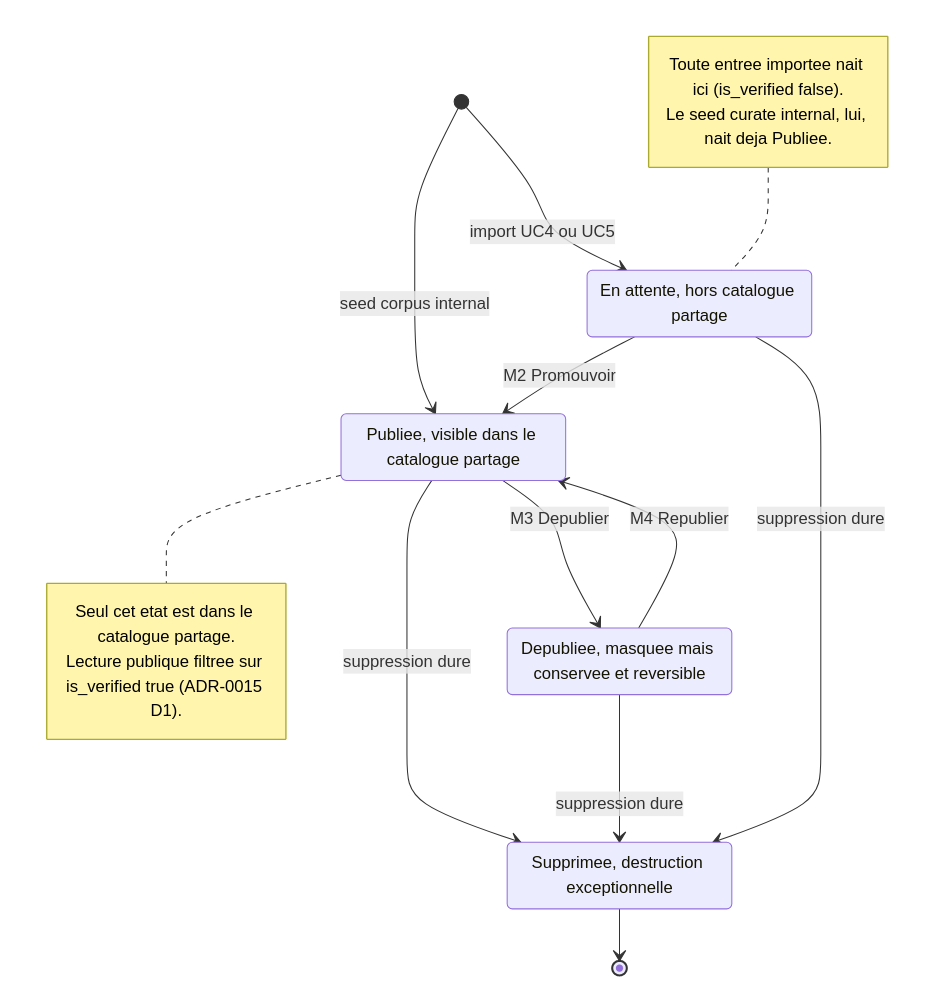
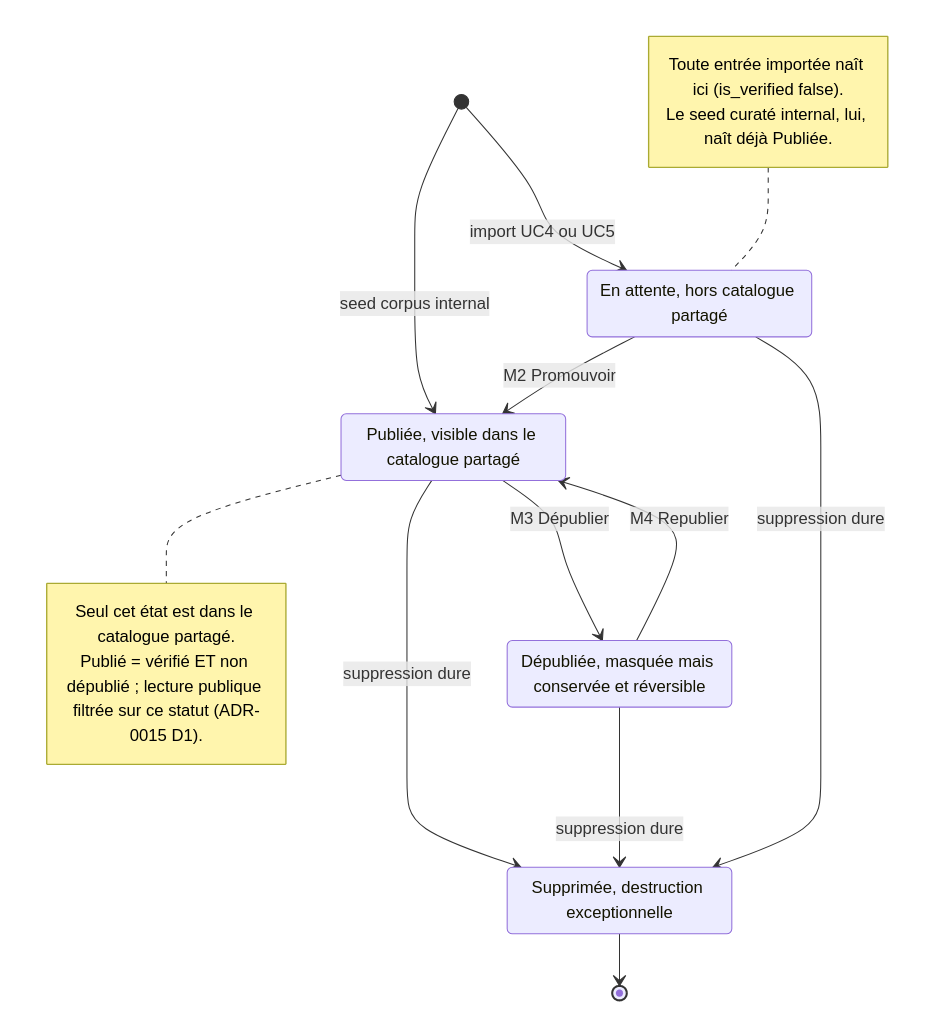
One commit to benoit-bremaud/brasse-bouillon changed the first of 2 diagrams in docs/architecture/diagrams/catalog-moderation/04-state-entry-lifecycle.md. Above: the diagram before and after it, drawn with Mermaid. The commit also changed other lines of this file and 4 other files, not shown here.

````diff
--- a/docs/architecture/diagrams/catalog-moderation/04-state-entry-lifecycle.md
+++ b/docs/architecture/diagrams/catalog-moderation/04-state-entry-lifecycle.md
@@ -23,31 +23,31 @@
 ```mermaid
 stateDiagram-v2
   [*] --> Staged: import UC4 ou UC5
   [*] --> Published: seed corpus internal
 
   Staged --> Published: M2 Promouvoir
 
-  Published --> Depublished: M3 Depublier
+  Published --> Depublished: M3 Dépublier
   Depublished --> Published: M4 Republier
 
   Published --> Deleted: suppression dure
   Depublished --> Deleted: suppression dure
   Staged --> Deleted: suppression dure
 
   Deleted --> [*]
 
-  Staged: En attente, hors catalogue partage
-  Published: Publiee, visible dans le catalogue partage
-  Depublished: Depubliee, masquee mais conservee et reversible
-  Deleted: Supprimee, destruction exceptionnelle
+  Staged: En attente, hors catalogue partagé
+  Published: Publiée, visible dans le catalogue partagé
+  Depublished: Dépubliée, masquée mais conservée et réversible
+  Deleted: Supprimée, destruction exceptionnelle
 
   note right of Published
-    Seul cet etat est dans le catalogue partage.
-    Lecture publique filtree sur is_verified true (ADR-0015 D1).
+    Seul cet état est dans le catalogue partagé.
+    Publié = vérifié ET non dépublié ; lecture publique filtrée sur ce statut (ADR-0015 D1).
   end note
 
   note left of Staged
-    Toute entree importee nait ici (is_verified false).
-    Le seed curate internal, lui, nait deja Publiee.
+    Toute entrée importée naît ici (is_verified false).
+    Le seed curaté internal, lui, naît déjà Publiée.
   end note
 ```
````
